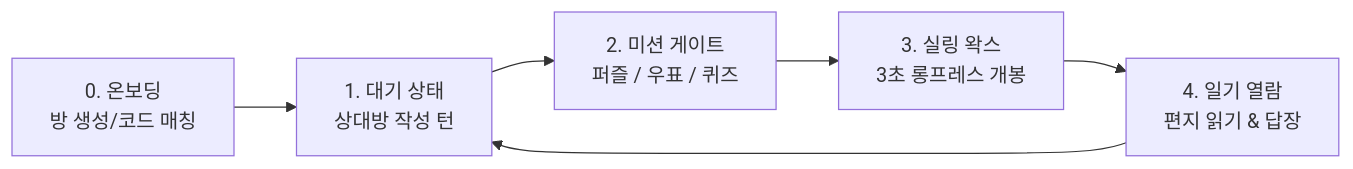
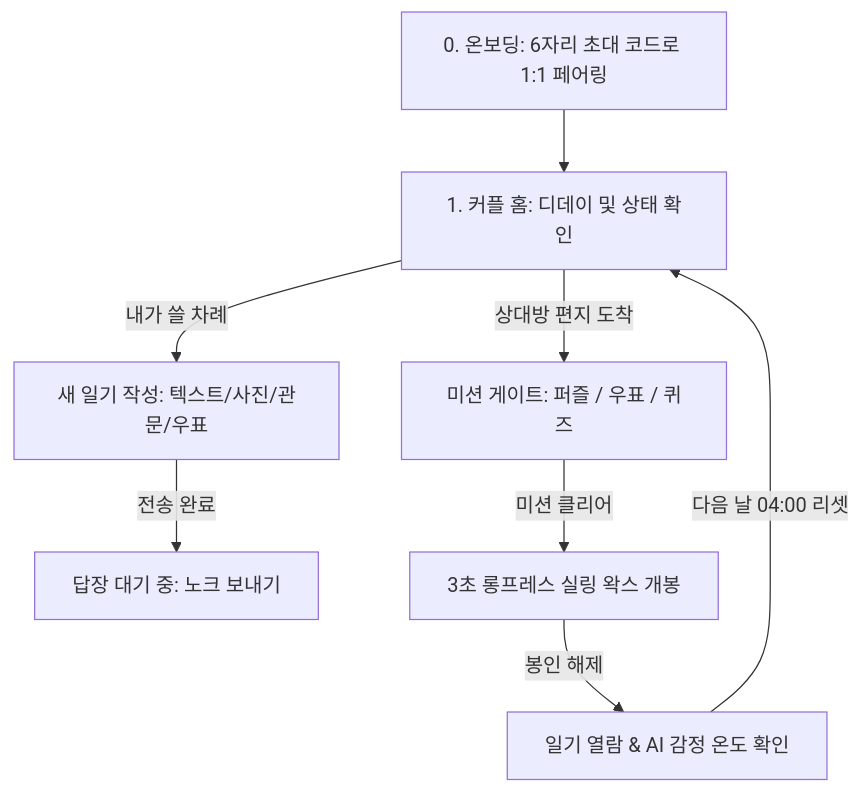
The diagram in README.md (meisteryi/Warmth), drawn with Mermaid before and after one commit. The commit also changed other lines of this file and 1 other file, not shown here.

````diff
--- a/README.md
+++ b/README.md
@@ -54,8 +69,10 @@
 ```mermaid
-graph LR
-    A[0. 온보딩<br/>방 생성/코드 매칭] --> B[1. 대기 상태<br/>상대방 작성 턴]
-    B --> C[2. 미션 게이트<br/>퍼즐 / 우표 / 퀴즈]
-    C --> D[3. 실링 왁스<br/>3초 롱프레스 개봉]
-    D --> E[4. 일기 열람<br/>편지 읽기 & 답장]
-    E --> B
+graph TD
+    A[0. 온보딩: 6자리 초대 코드로 1:1 페어링] --> B[1. 커플 홈: 디데이 및 상태 확인]
+    B -->|내가 쓸 차례| C[새 일기 작성: 텍스트/사진/관문/우표]
+    B -->|상대방 편지 도착| D[미션 게이트: 퍼즐 / 우표 / 퀴즈]
+    C -->|전송 완료| E[답장 대기 중: 노크 보내기]
+    D -->|미션 클리어| F[3초 롱프레스 실링 왁스 개봉]
+    F -->|봉인 해제| G[일기 열람 & AI 감정 온도 확인]
+    G -->|다음 날 04:00 리셋| B
 ```
````
